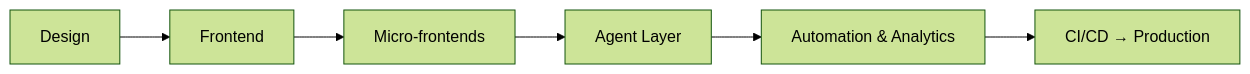
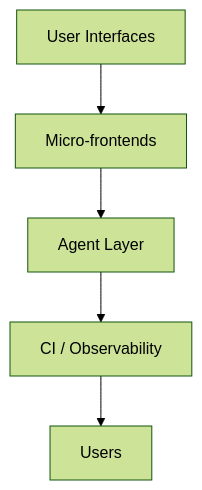
Before and after one commit to davych/davych: the diagram in README.md, drawn with Mermaid (forest theme). The commit also changed other lines of this file, not shown here.

````diff
--- a/README.md
+++ b/README.md
@@ -52,8 +69,7 @@
 ```mermaid
-graph LR
-  A[Design] --> B[Frontend]
-  B --> C[Micro-frontends]
-  C --> D[Agent Layer]
-  D --> E[Automation & Analytics]
-  E --> F[CI/CD → Production]
+graph TD
+  UI[User Interfaces] --> MF[Micro-frontends]
+  MF --> Agent[Agent Layer]
+  Agent --> Infra[CI / Observability]
+  Infra --> Users
 ```
````
